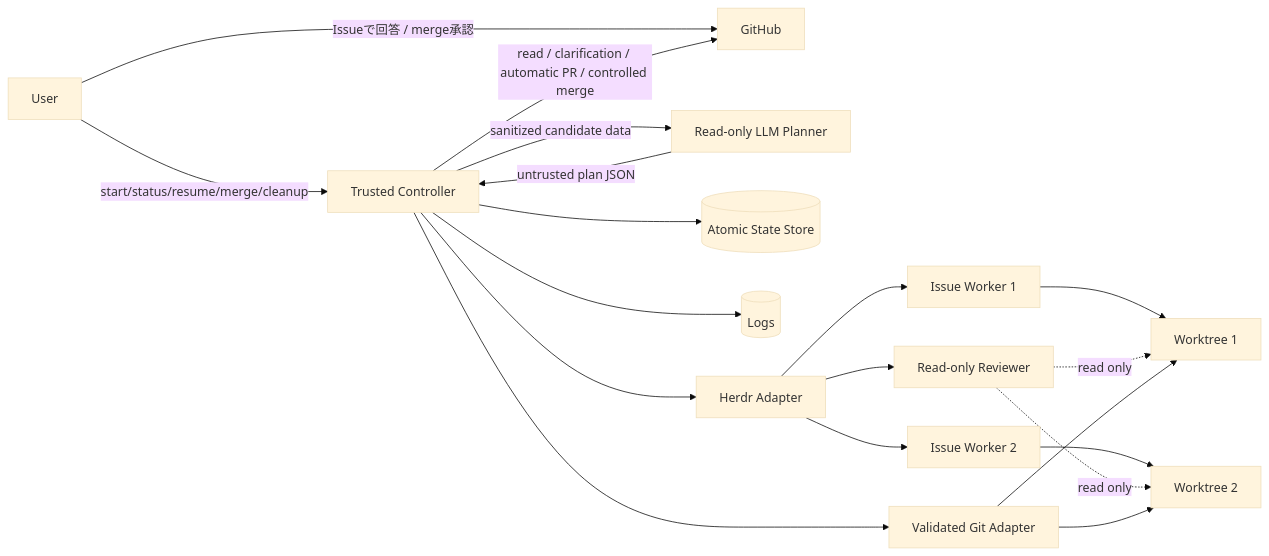
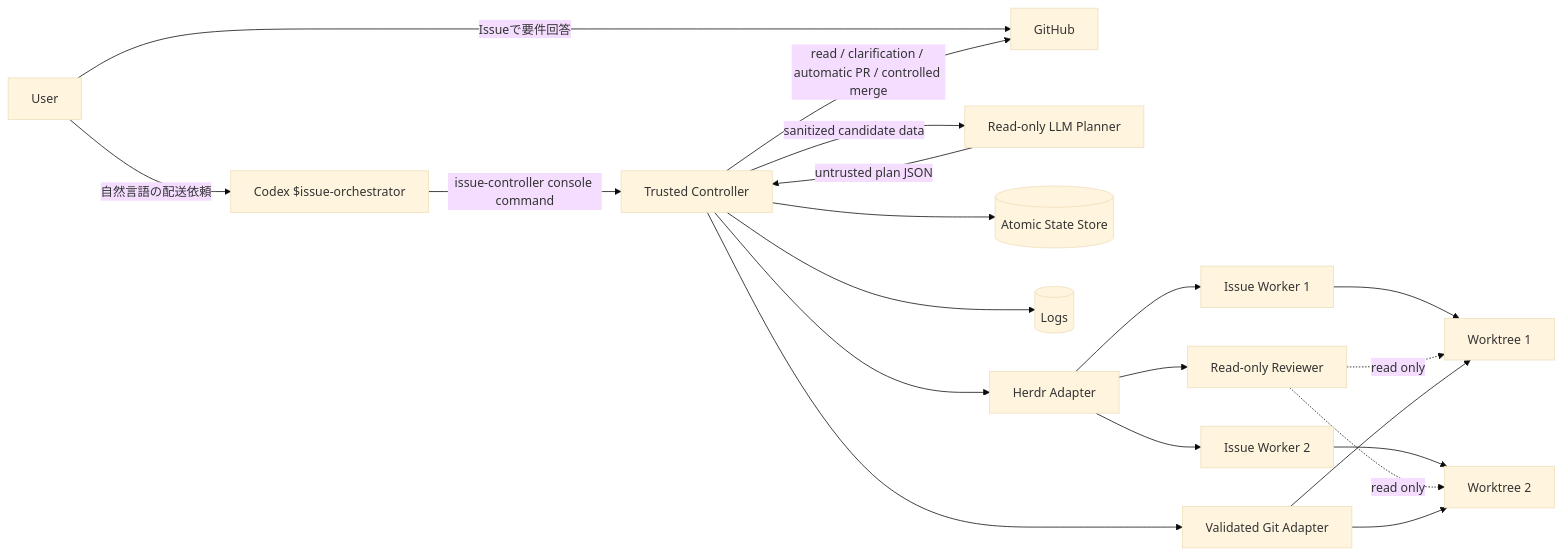
One commit to masaki-shinkawa-adglobe/hackathon-20260725 changed the first of 2 diagrams in docs/parallel-issue-controller-design.md. Above: the diagram before and after it, drawn with Mermaid (base theme). The commit also changed other lines of this file and 10 other files, not shown here.

````diff
--- a/docs/parallel-issue-controller-design.md
+++ b/docs/parallel-issue-controller-design.md
@@ -70,21 +72,22 @@
 ```mermaid
 flowchart LR
-    U[User] -->|start/status/resume/merge/cleanup| C[Trusted Controller]
-    U -->|Issueで回答 / merge承認| GH[GitHub]
+    U[User] -->|自然言語の配送依頼| F[Codex $issue-orchestrator]
+    F -->|issue-controller console command| C[Trusted Controller]
+    U -->|Issueで要件回答| GH[GitHub]
     C -->|sanitized candidate data| P[Read-only LLM Planner]
     P -->|untrusted plan JSON| C
     C --> S[(Atomic State Store)]
     C --> L[(Logs)]
     C --> G[Validated Git Adapter]
     C --> H[Herdr Adapter]
     C -->|read / clarification / automatic PR / controlled merge| GH
     H --> W1[Issue Worker 1]
     H --> W2[Issue Worker 2]
     H --> R[Read-only Reviewer]
     W1 --> WT1[Worktree 1]
     W2 --> WT2[Worktree 2]
     R -. read only .-> WT1
     R -. read only .-> WT2
     G --> WT1
     G --> WT2
 ```
````
